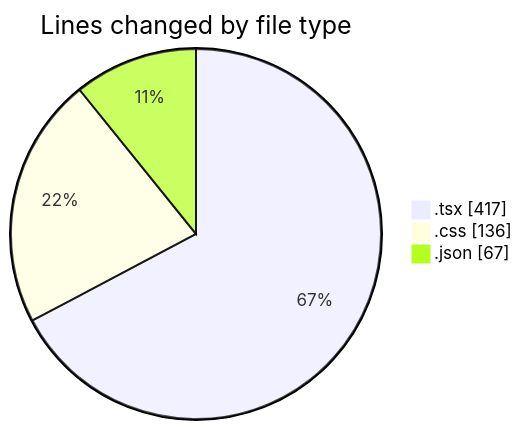
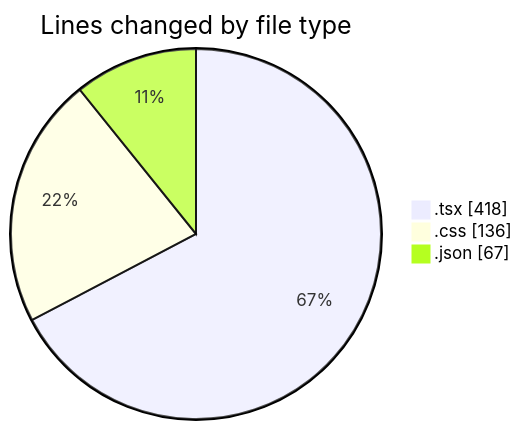
One commit to robertbonfada/code-tracking changed the first of 2 diagrams in 2025-01-08/mbc-web/README.md. Above: the diagram before and after it, drawn with Mermaid. The commit also changed other lines of this file and 1 other file, not shown here.

````diff
--- a/2025-01-08/mbc-web/README.md
+++ b/2025-01-08/mbc-web/README.md
@@ -32,7 +32,7 @@
 ```mermaid
 pie showData
 title Lines changed by file type
-".tsx" : 417
+".tsx" : 418
 ".css" : 136
 ".json" : 67
 ```
````
